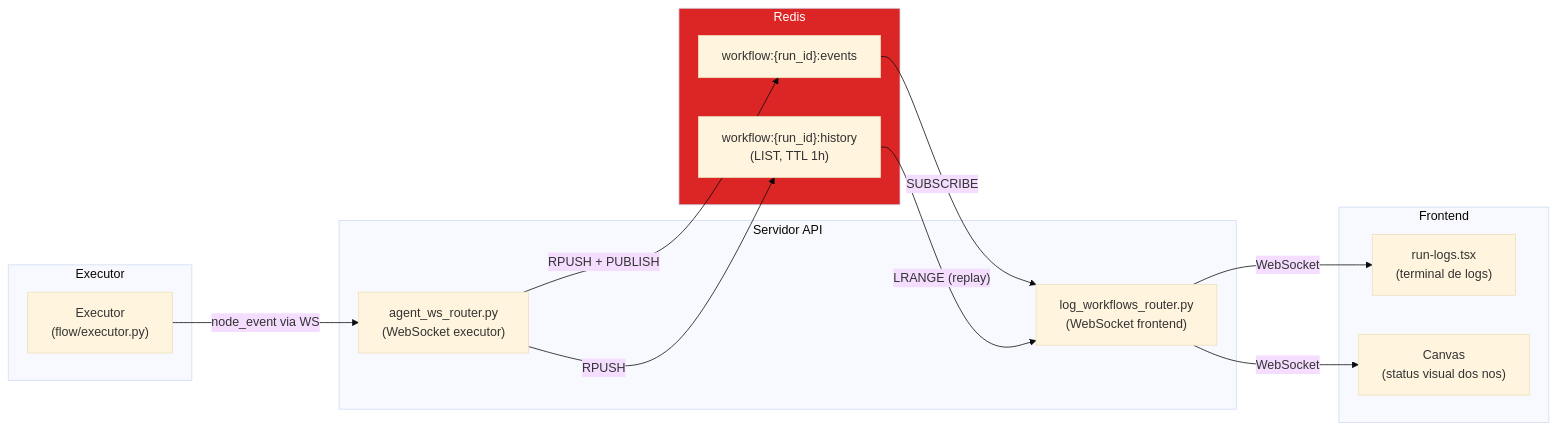
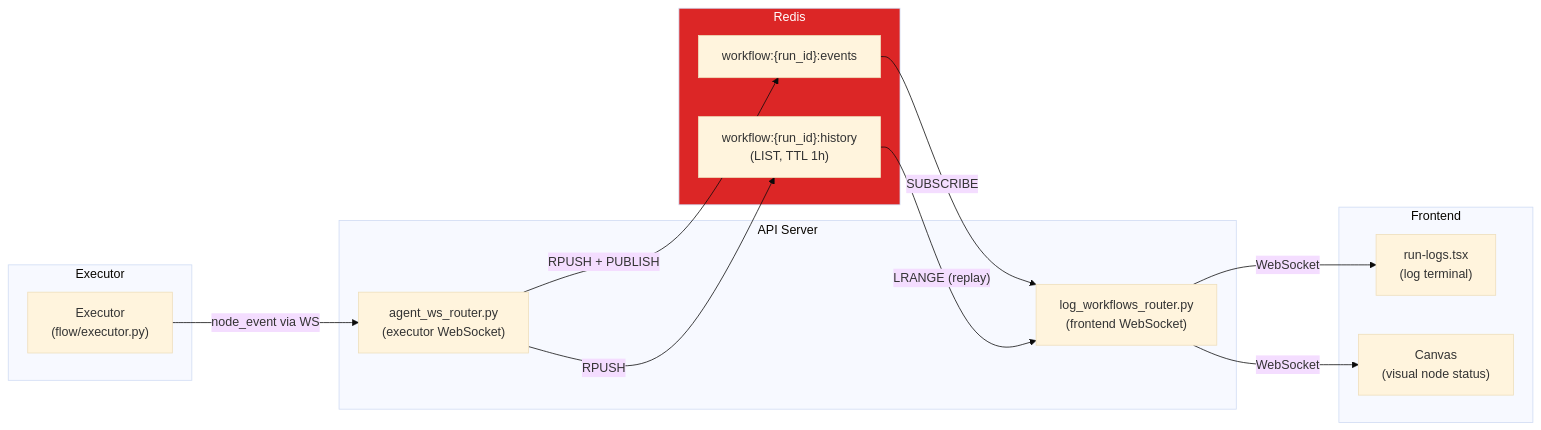
The ninth of 15 diagrams in docs/architecture.md (jlanio/atlans), drawn with Mermaid (base theme) before and after one commit. The commit also changed other lines of this file and 41 other files, not shown here.

````diff
--- a/docs/architecture.md
+++ b/docs/architecture.md
@@ -897,31 +898,31 @@
 ```mermaid
 flowchart LR
     subgraph Executor
         EXEC["Executor<br/>(flow/executor.py)"]
     end
 
-    subgraph Servidor API
-        EXECUTOR_WS["agent_ws_router.py<br/>(WebSocket executor)"]
-        LOG_WS["log_workflows_router.py<br/>(WebSocket frontend)"]
+    subgraph API Server
+        EXECUTOR_WS["agent_ws_router.py<br/>(executor WebSocket)"]
+        LOG_WS["log_workflows_router.py<br/>(frontend WebSocket)"]
     end
 
     subgraph Redis
         CHANNEL["workflow:{run_id}:events"]
         HISTORY["workflow:{run_id}:history<br/>(LIST, TTL 1h)"]
     end
 
     subgraph Frontend
-        LOGS["run-logs.tsx<br/>(terminal de logs)"]
-        CANVAS["Canvas<br/>(status visual dos nos)"]
+        LOGS["run-logs.tsx<br/>(log terminal)"]
+        CANVAS["Canvas<br/>(visual node status)"]
     end
 
     EXEC -->|"node_event via WS"| EXECUTOR_WS
     EXECUTOR_WS -->|"RPUSH + PUBLISH"| CHANNEL
     EXECUTOR_WS -->|"RPUSH"| HISTORY
     CHANNEL -->|"SUBSCRIBE"| LOG_WS
     HISTORY -->|"LRANGE (replay)"| LOG_WS
     LOG_WS -->|"WebSocket"| LOGS
     LOG_WS -->|"WebSocket"| CANVAS
 
     style Redis fill:#dc2626,color:#fff
 ```
````
